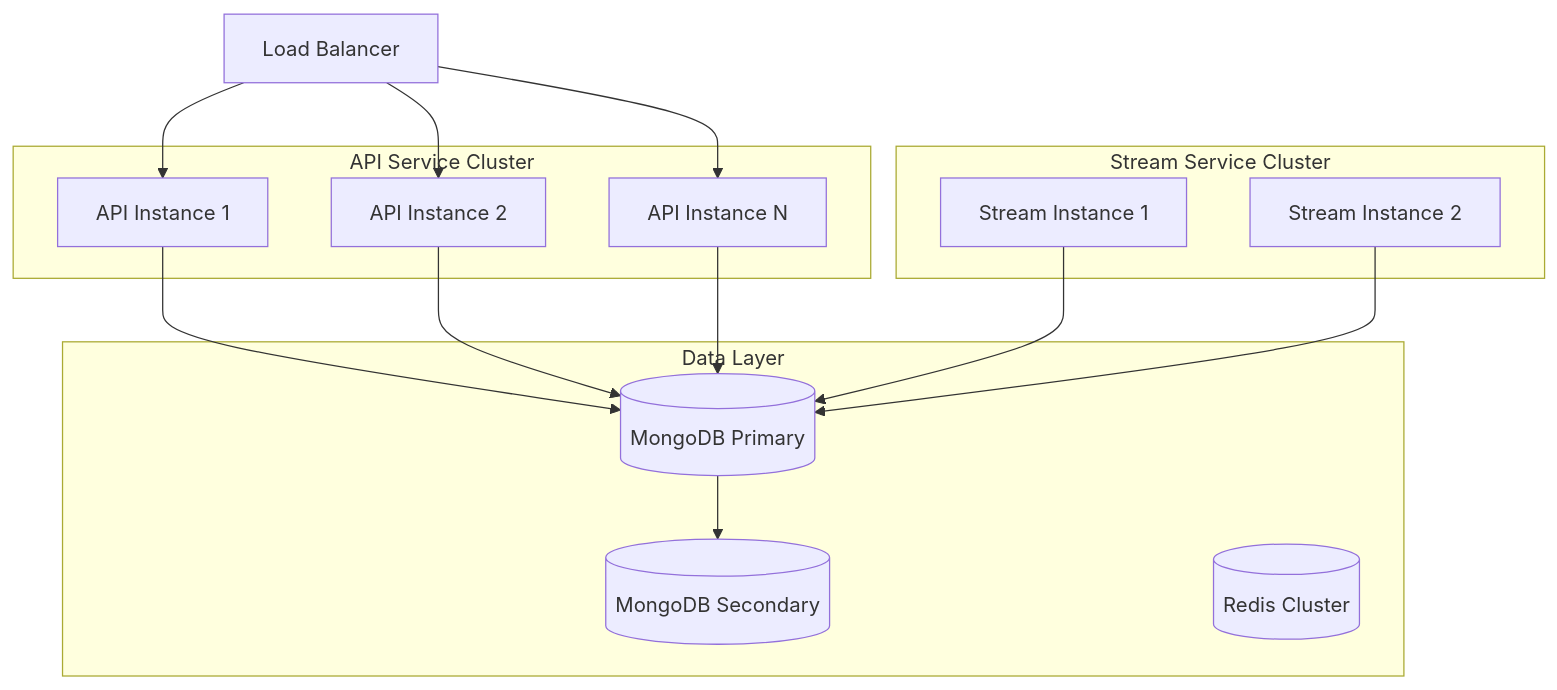
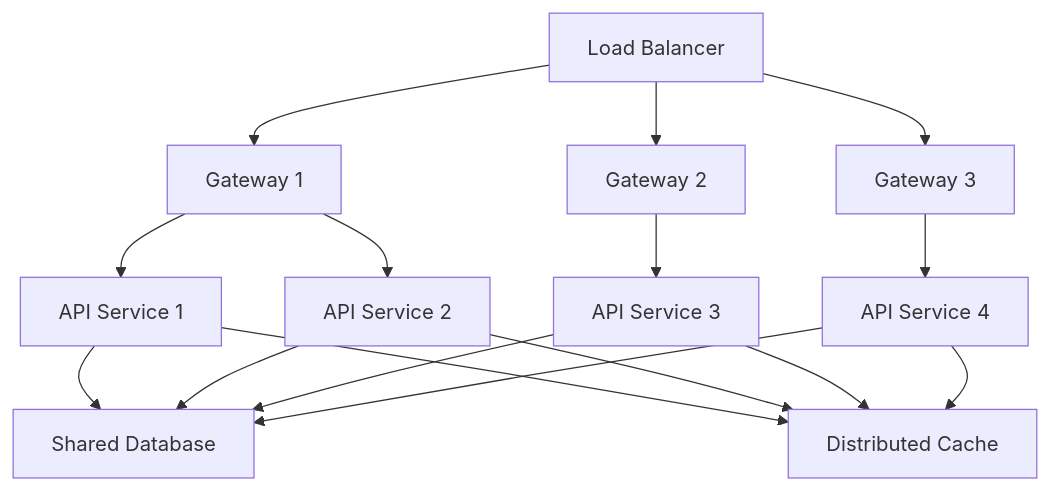
Before and after one commit to Praesto-Pro/openframe-oss-tenant: diagram 11 of 12 in docs/development/architecture/README.md, drawn with Mermaid. The commit also changed other lines of this file and 149 other files, not shown here.

````diff
--- a/docs/development/architecture/README.md
+++ b/docs/development/architecture/README.md
@@ -402,34 +602,21 @@
 ```mermaid
 graph TD
-    LB[Load Balancer]
+    LB[Load Balancer] --> GW1[Gateway 1]
+    LB --> GW2[Gateway 2]
+    LB --> GW3[Gateway 3]
     
-    subgraph "API Service Cluster"
-        API1[API Instance 1]
-        API2[API Instance 2]
-        API3[API Instance N]
-    end
+    GW1 --> API1[API Service 1]
+    GW1 --> API2[API Service 2]
+    GW2 --> API3[API Service 3]
+    GW3 --> API4[API Service 4]
     
-    subgraph "Stream Service Cluster"
-        Stream1[Stream Instance 1]
-        Stream2[Stream Instance 2]
-    end
+    API1 --> DB[Shared Database]
+    API2 --> DB
+    API3 --> DB
+    API4 --> DB
     
-    subgraph "Data Layer"
-        MongoDB_Primary[(MongoDB Primary)]
-        MongoDB_Secondary[(MongoDB Secondary)]
-        Redis_Cluster[(Redis Cluster)]
-    end
-    
-    LB --> API1
-    LB --> API2
-    LB --> API3
-    
-    API1 --> MongoDB_Primary
-    API2 --> MongoDB_Primary
-    API3 --> MongoDB_Primary
-    
-    Stream1 --> MongoDB_Primary
-    Stream2 --> MongoDB_Primary
-    
-    MongoDB_Primary --> MongoDB_Secondary
+    API1 --> Cache[Distributed Cache]
+    API2 --> Cache
+    API3 --> Cache
+    API4 --> Cache
 ```
````
